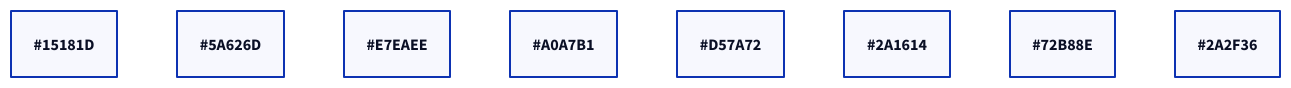
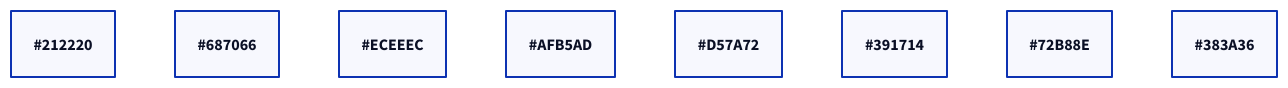
The diagram in docs/diagrams/theme-dark.d2 (sohan-bhat/OpenHAL), drawn with D2 before and after one commit. The commit also changed 22 other files, not shown here.

First line of the commit message:
build(diagrams): draw the D2 diagrams in the olive palette

```diff
--- a/docs/diagrams/theme-dark.d2
+++ b/docs/diagrams/theme-dark.d2
@@ -1,8 +1,8 @@
-surface: "#15181D"
-line: "#5A626D"
-text: "#E7EAEE"
-text2: "#A0A7B1"
+surface: "#212220"
+line: "#687066"
+text: "#ECEEEC"
+text2: "#AFB5AD"
 blocked: "#D57A72"
-blocked-fill: "#2A1614"
+blocked-fill: "#391714"
 ok: "#72B88E"
-border: "#2A2F36"
+border: "#383A36"
```
